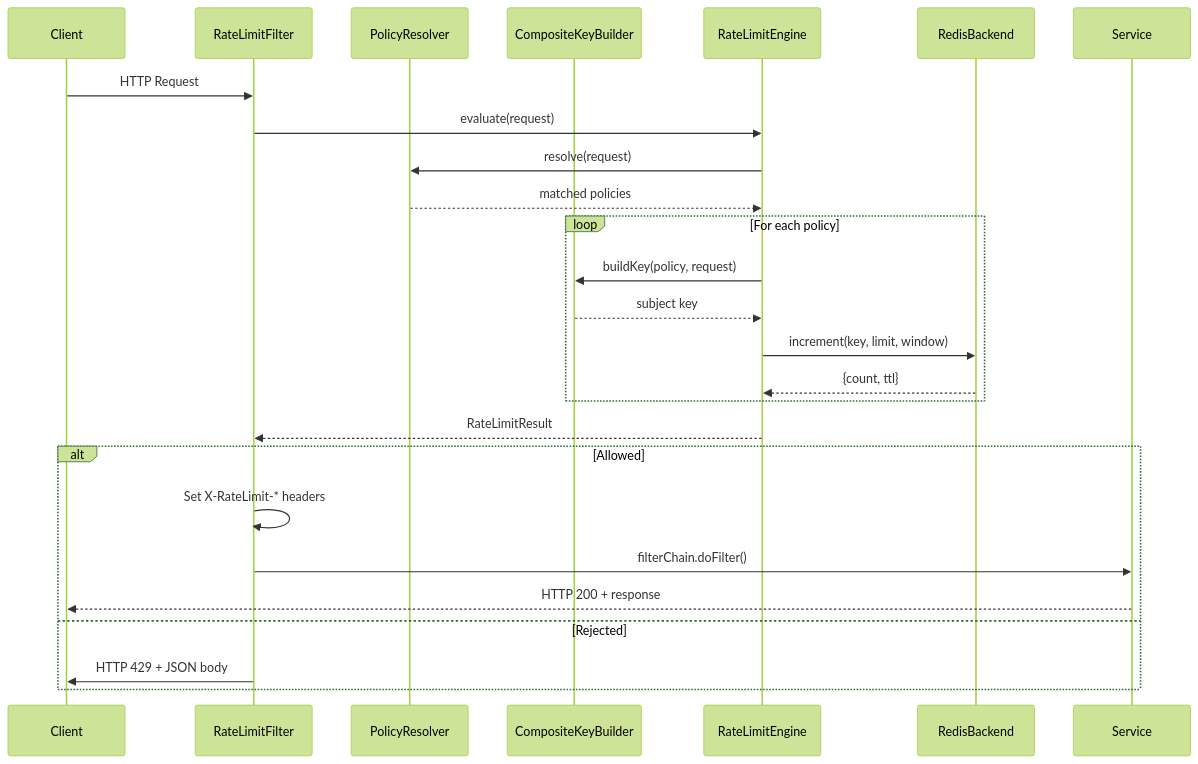
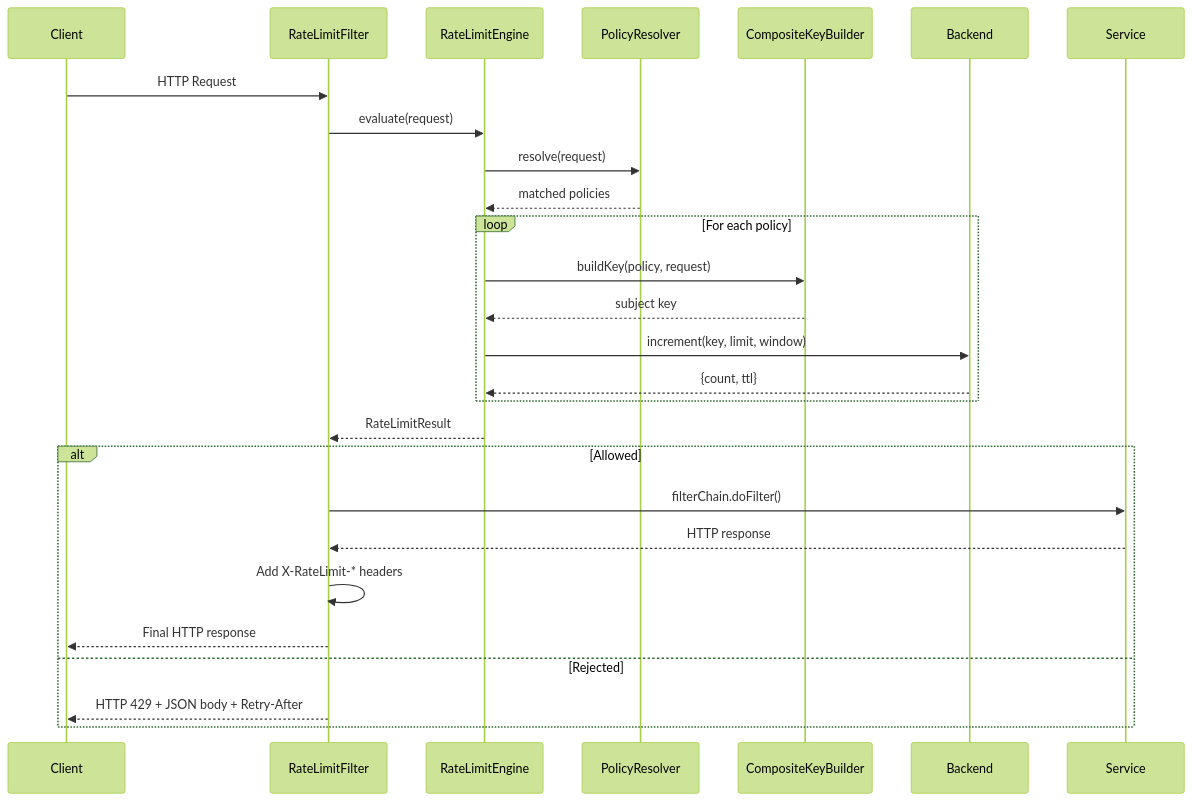
Before and after one commit to KostasVam/api-rate-limiter: the diagram in docs/architecture.md, drawn with Mermaid (forest theme). The commit also changed other lines of this file and 8 other files, not shown here.

First line of the commit message:
Add observe (shadow) mode and refine architecture docs

````diff
--- a/docs/architecture.md
+++ b/docs/architecture.md
@@ -26,33 +37,34 @@
 ```mermaid
 sequenceDiagram
     participant C as Client
     participant F as RateLimitFilter
+    participant E as RateLimitEngine
     participant P as PolicyResolver
     participant K as CompositeKeyBuilder
-    participant E as RateLimitEngine
-    participant R as RedisBackend
+    participant B as Backend
     participant S as Service
 
     C->>F: HTTP Request
 
     F->>E: evaluate(request)
     E->>P: resolve(request)
     P-->>E: matched policies
 
     loop For each policy
         E->>K: buildKey(policy, request)
         K-->>E: subject key
-        E->>R: increment(key, limit, window)
-        R-->>E: {count, ttl}
+        E->>B: increment(key, limit, window)
+        B-->>E: {count, ttl}
     end
 
     E-->>F: RateLimitResult
 
     alt Allowed
-        F->>F: Set X-RateLimit-* headers
         F->>S: filterChain.doFilter()
-        S-->>C: HTTP 200 + response
+        S-->>F: HTTP response
+        F->>F: Add X-RateLimit-* headers
+        F-->>C: Final HTTP response
     else Rejected
-        F->>C: HTTP 429 + JSON body
+        F-->>C: HTTP 429 + JSON body + Retry-After
     end
 ```
````
